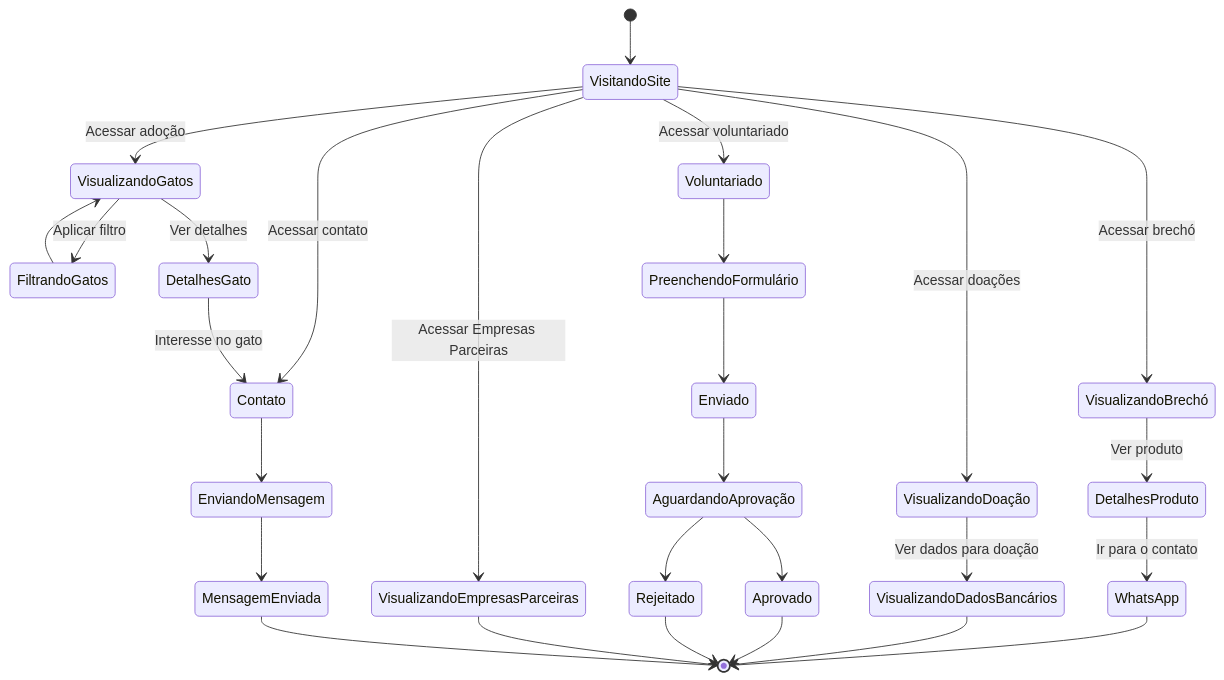
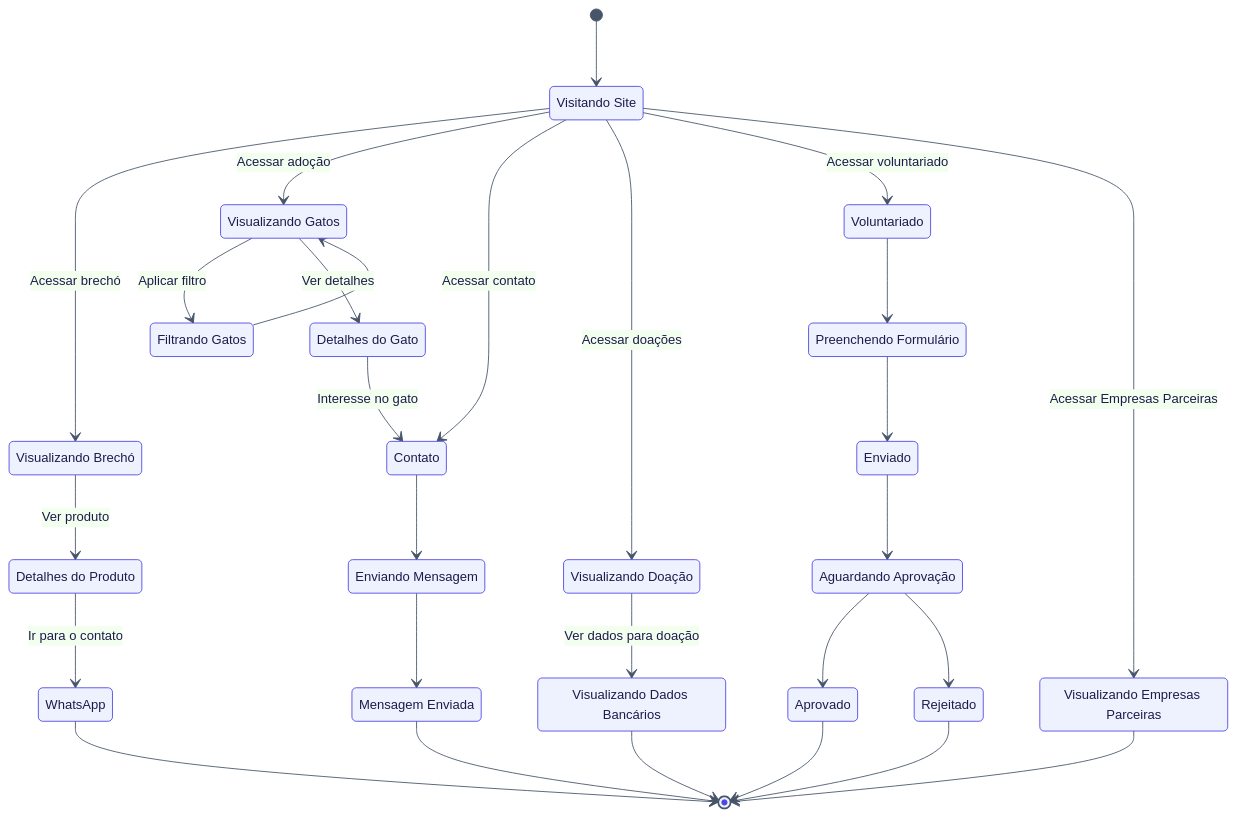
One commit to ligiaoliveira/Casa-dos-Gatos changed the fourth of 12 diagrams in README.md. Above: the diagram before and after it, drawn with Mermaid.

Commit message:
Enhance state diagram in README.md
Updated state diagram with new states and transitions.

````diff
--- a/README.md
+++ b/README.md
@@ -264,44 +263,72 @@
 ```mermaid
+%%{init: {'theme': 'base', 'themeVariables': {'fontSize': '15px', 'primaryColor': '#eef2ff', 'primaryBorderColor': '#4f46e5', 'primaryTextColor': '#1e1b4b', 'lineColor': '#475569'}, 'flowchart': {'nodeSpacing': 65, 'rankSpacing': 75}}}%%
 stateDiagram-v2
+    direction TB
 
-  [*] --> VisitandoSite
+    %% Estados com nomes formatados para leitura nítida
+    state "Visitando Site" as VisitandoSite
+    state "Visualizando Brechó" as VisualizandoBrecho
+    state "Detalhes do Produto" as DetalhesProduto
+    state "WhatsApp" as WhatsApp
 
-  VisitandoSite --> VisualizandoGatos : Acessar adoção
-  VisitandoSite --> VisualizandoBrechó : Acessar brechó
-  VisitandoSite --> VisualizandoDoação : Acessar doações
-  VisitandoSite --> Voluntariado : Acessar voluntariado
-  VisitandoSite --> VisualizandoEmpresasParceiras : Acessar Empresas Parceiras
-  VisitandoSite --> Contato : Acessar contato
+    state "Visualizando Gatos" as VisualizandoGatos
+    state "Filtrando Gatos" as FiltrandoGatos
+    state "Detalhes do Gato" as DetalhesGato
 
-  %% Gatos
-  VisualizandoGatos --> FiltrandoGatos : Aplicar filtro
-  FiltrandoGatos --> VisualizandoGatos
-  VisualizandoGatos --> DetalhesGato : Ver detalhes
-  DetalhesGato --> Contato : Interesse no gato
+    state "Contato" as Contato
+    state "Enviando Mensagem" as EnviandoMensagem
+    state "Mensagem Enviada" as MensagemEnviada
 
-  %% Brechó
-  VisualizandoBrechó --> DetalhesProduto : Ver produto
-  DetalhesProduto --> WhatsApp : Ir para o contato
-  WhatsApp --> [*]
+    state "Visualizando Doação" as VisualizandoDoacao
+    state "Visualizando Dados Bancários" as VisualizandoDadosBancarios
 
-  %% Doação
-  VisualizandoDoação --> VisualizandoDadosBancários : Ver dados para doação
-  VisualizandoDadosBancários --> [*]
+    state "Voluntariado" as Voluntariado
+    state "Preenchendo Formulário" as PreenchendoFormulario
+    state "Enviado" as Enviado
+    state "Aguardando Aprovação" as AguardandoAprovacao
+    state "Aprovado" as Aprovado
+    state "Rejeitado" as Rejeitado
 
-  %% Voluntariado
-  Voluntariado --> PreenchendoFormulário
-  PreenchendoFormulário --> Enviado
-  Enviado --> AguardandoAprovação
-  AguardandoAprovação --> Aprovado
-  AguardandoAprovação --> Rejeitado
-  Aprovado --> [*]
-  Rejeitado --> [*]
+    state "Visualizando Empresas Parceiras" as VisualizandoEmpresasParceiras
 
-  %% Empresas Parceiras
-  VisualizandoEmpresasParceiras --> [*]
+    %% Início
+    [*] --> VisitandoSite
 
-  %% Contato
-  Contato --> EnviandoMensagem
-  EnviandoMensagem --> MensagemEnviada
-  MensagemEnviada --> [*]
+    %% Ramificações principais a partir de VisitandoSite
+    VisitandoSite --> VisualizandoBrecho : Acessar brechó
+    VisitandoSite --> VisualizandoGatos : Acessar adoção
+    VisitandoSite --> Contato : Acessar contato
+    VisitandoSite --> VisualizandoDoacao : Acessar doações
+    VisitandoSite --> Voluntariado : Acessar voluntariado
+    VisitandoSite --> VisualizandoEmpresasParceiras : Acessar Empresas Parceiras
+
+    %% 1. Fluxo Brechó
+    VisualizandoBrecho --> DetalhesProduto : Ver produto
+    DetalhesProduto --> WhatsApp : Ir para o contato
+    WhatsApp --> [*]
+
+    %% 2. Fluxo Adoção & Contato
+    VisualizandoGatos --> FiltrandoGatos : Aplicar filtro
+    FiltrandoGatos --> VisualizandoGatos
+    VisualizandoGatos --> DetalhesGato : Ver detalhes
+    DetalhesGato --> Contato : Interesse no gato
+    Contato --> EnviandoMensagem
+    EnviandoMensagem --> MensagemEnviada
+    MensagemEnviada --> [*]
+
+    %% 3. Fluxo Doações
+    VisualizandoDoacao --> VisualizandoDadosBancarios : Ver dados para doação
+    VisualizandoDadosBancarios --> [*]
+
+    %% 4. Fluxo Voluntariado
+    Voluntariado --> PreenchendoFormulario
+    PreenchendoFormulario --> Enviado
+    Enviado --> AguardandoAprovacao
+    AguardandoAprovacao --> Aprovado
+    AguardandoAprovacao --> Rejeitado
+    Aprovado --> [*]
+    Rejeitado --> [*]
+
+    %% 5. Fluxo Empresas Parceiras
+    VisualizandoEmpresasParceiras --> [*]
 ```
````
